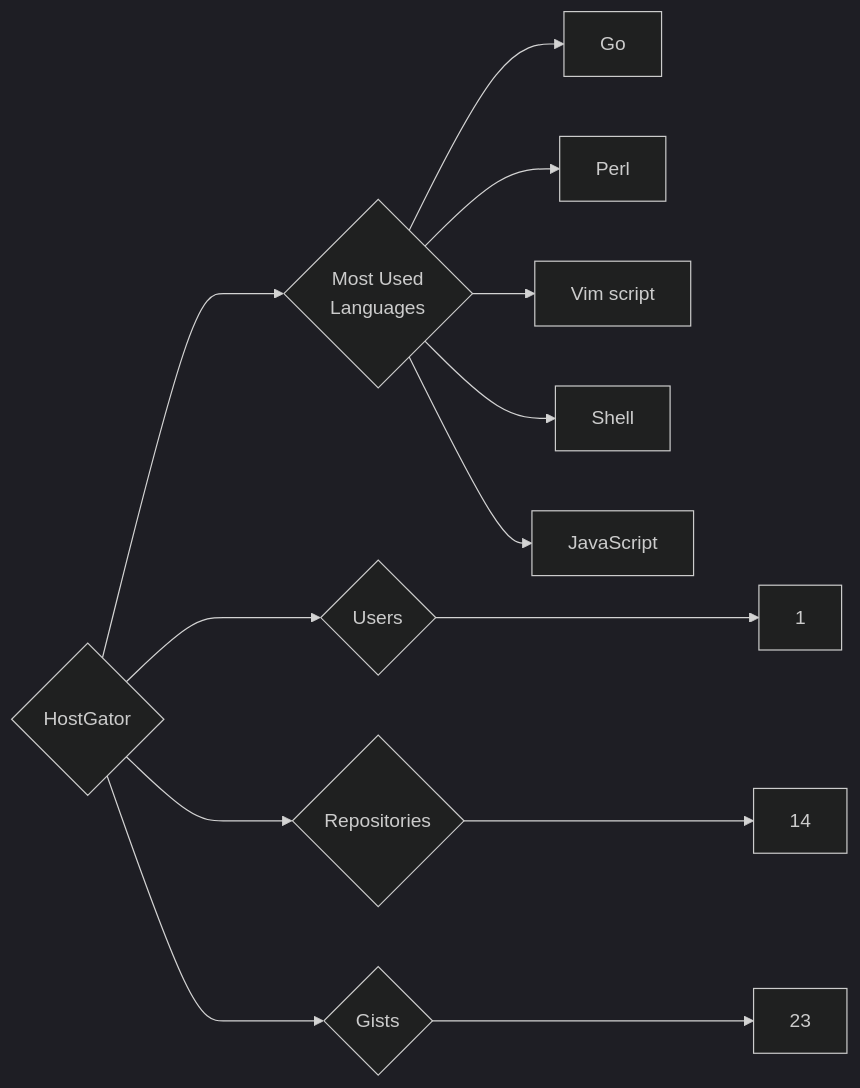
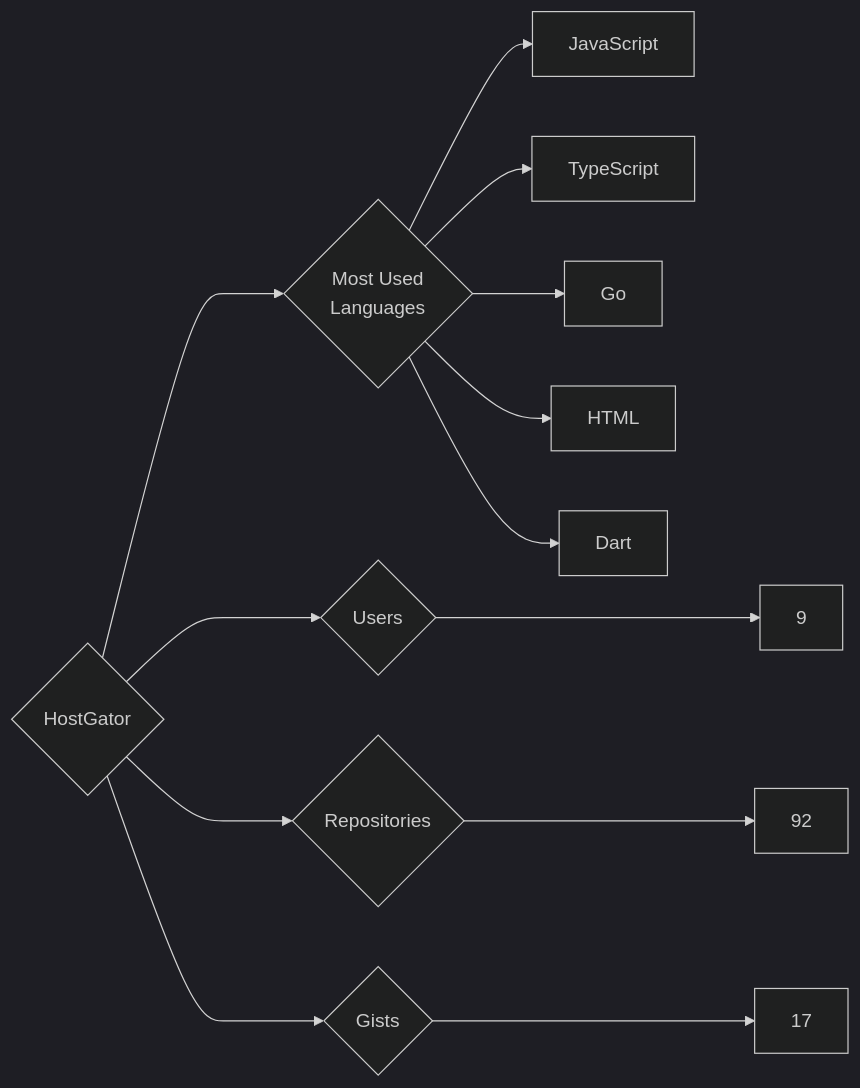
The diagram in targets/HostGator/README.md (trickest/insiders), drawn with Mermaid (dark theme) before and after one commit. The commit also changed 736 other files, not shown here.

````diff
--- a/targets/HostGator/README.md
+++ b/targets/HostGator/README.md
@@ -3,13 +3,13 @@
 ```mermaid
 graph LR
 COMPANY_NAME{HostGator}
-COMPANY_NAME ---> U{Users} ---> UN[1]
-COMPANY_NAME ---> R{Repositories} ---> RN[14]
-COMPANY_NAME ---> G{Gists} ---> GN[23]
+COMPANY_NAME ---> U{Users} ---> UN[9]
+COMPANY_NAME ---> R{Repositories} ---> RN[92]
+COMPANY_NAME ---> G{Gists} ---> GN[17]
 COMPANY_NAME ---> ML{Most Used<br>Languages}
+ML --> JavaScript[JavaScript]
+ML --> TypeScript[TypeScript]
 ML --> Go[Go]
-ML --> Perl[Perl]
-ML --> Vim_script[Vim script]
-ML --> Shell[Shell]
-ML --> JavaScript[JavaScript]
+ML --> HTML[HTML]
+ML --> Dart[Dart]
 ```
````
